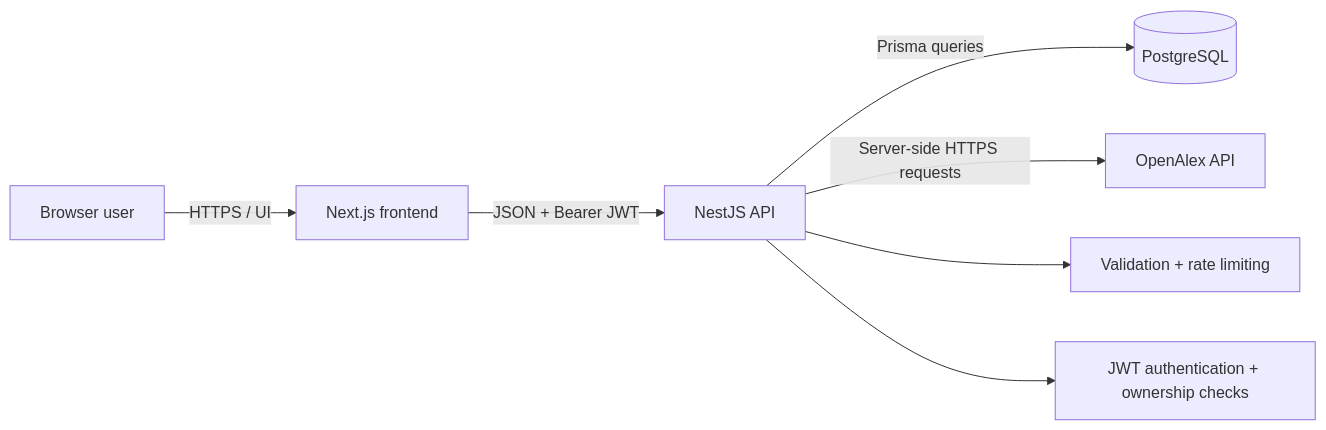
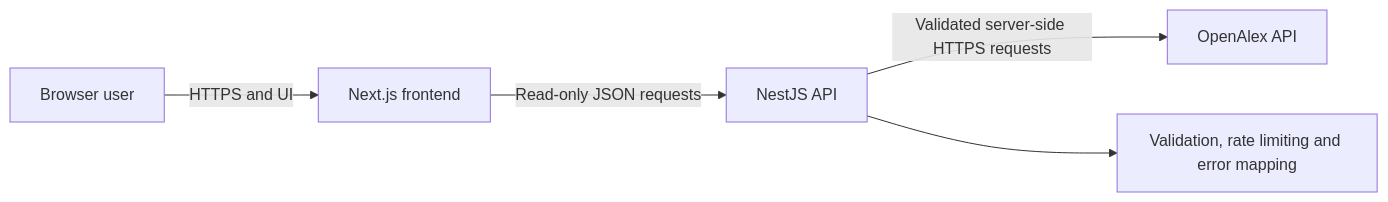
The diagram in EXAM_REPORT.md (muhammadtalha242/researchtrail), drawn with Mermaid before and after one commit. The commit also changed other lines of this file and 43 other files, not shown here.

````diff
--- a/EXAM_REPORT.md
+++ b/EXAM_REPORT.md
@@ -53,9 +49,7 @@
 ```mermaid
 flowchart LR
-    U["Browser user"] -->|"HTTPS / UI"| W["Next.js frontend"]
-    W -->|"JSON + Bearer JWT"| A["NestJS API"]
-    A -->|"Prisma queries"| P[("PostgreSQL")]
-    A -->|"Server-side HTTPS requests"| O["OpenAlex API"]
-    A --> V["Validation + rate limiting"]
-    A --> G["JWT authentication + ownership checks"]
+    U["Browser user"] -->|"HTTPS and UI"| W["Next.js frontend"]
+    W -->|"Read-only JSON requests"| A["NestJS API"]
+    A -->|"Validated server-side HTTPS requests"| O["OpenAlex API"]
+    A --> V["Validation, rate limiting and error mapping"]
 ```
````
